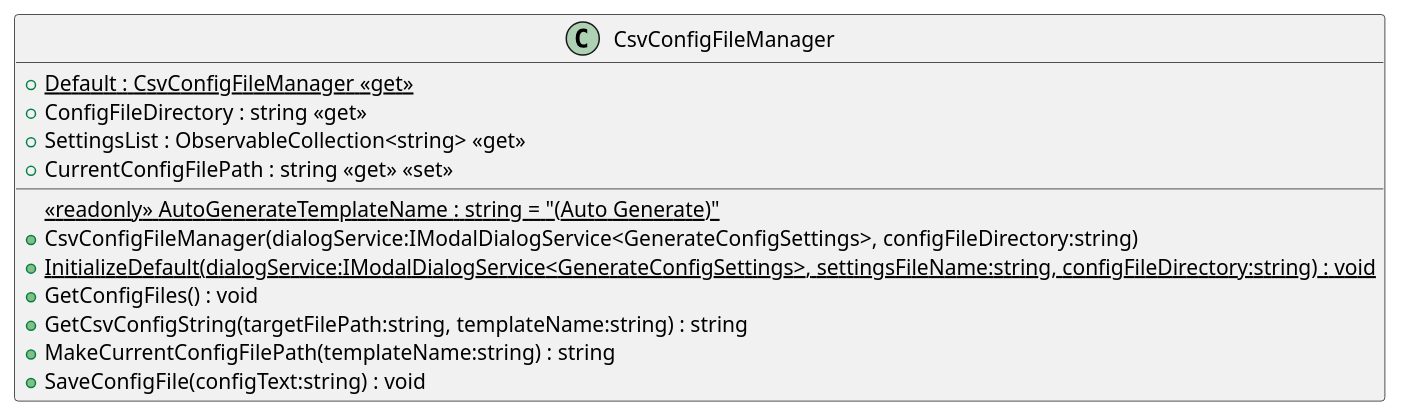
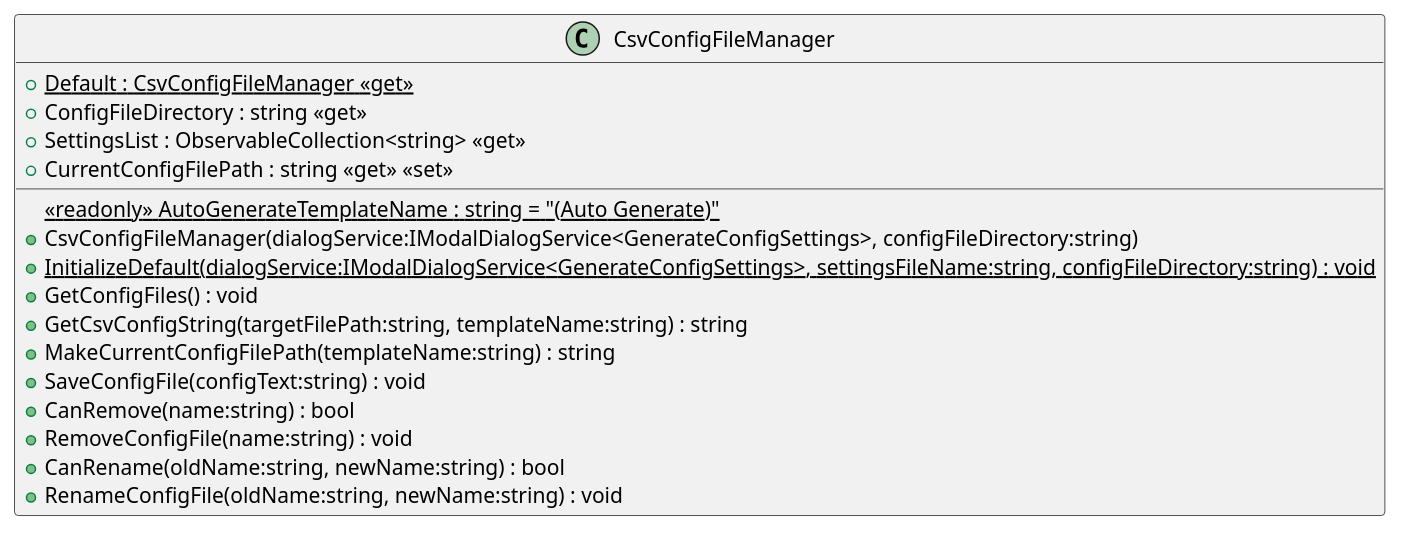
One commit to pierre3/CsvEditSharp changed the diagram in Documents/uml/Models/CsvConfigFileManager.puml. Above: the diagram before and after it, drawn with PlantUML. The commit also changed 9 other files, not shown here.

Commit message:
Update uml

```diff
--- a/Documents/uml/Models/CsvConfigFileManager.puml
+++ b/Documents/uml/Models/CsvConfigFileManager.puml
@@ -1,15 +1,19 @@
 @startuml
 class CsvConfigFileManager {
     {static} <<readonly>> AutoGenerateTemplateName : string = "(Auto Generate)"
     + {static} Default : CsvConfigFileManager <<get>>
     + ConfigFileDirectory : string <<get>>
     + SettingsList : ObservableCollection<string> <<get>>
     + CurrentConfigFilePath : string <<get>> <<set>>
     + CsvConfigFileManager(dialogService:IModalDialogService<GenerateConfigSettings>, configFileDirectory:string)
     + {static} InitializeDefault(dialogService:IModalDialogService<GenerateConfigSettings>, settingsFileName:string, configFileDirectory:string) : void
     + GetConfigFiles() : void
     + GetCsvConfigString(targetFilePath:string, templateName:string) : string
     + MakeCurrentConfigFilePath(templateName:string) : string
     + SaveConfigFile(configText:string) : void
+    + CanRemove(name:string) : bool
+    + RemoveConfigFile(name:string) : void
+    + CanRename(oldName:string, newName:string) : bool
+    + RenameConfigFile(oldName:string, newName:string) : void
 }
 @enduml
```
